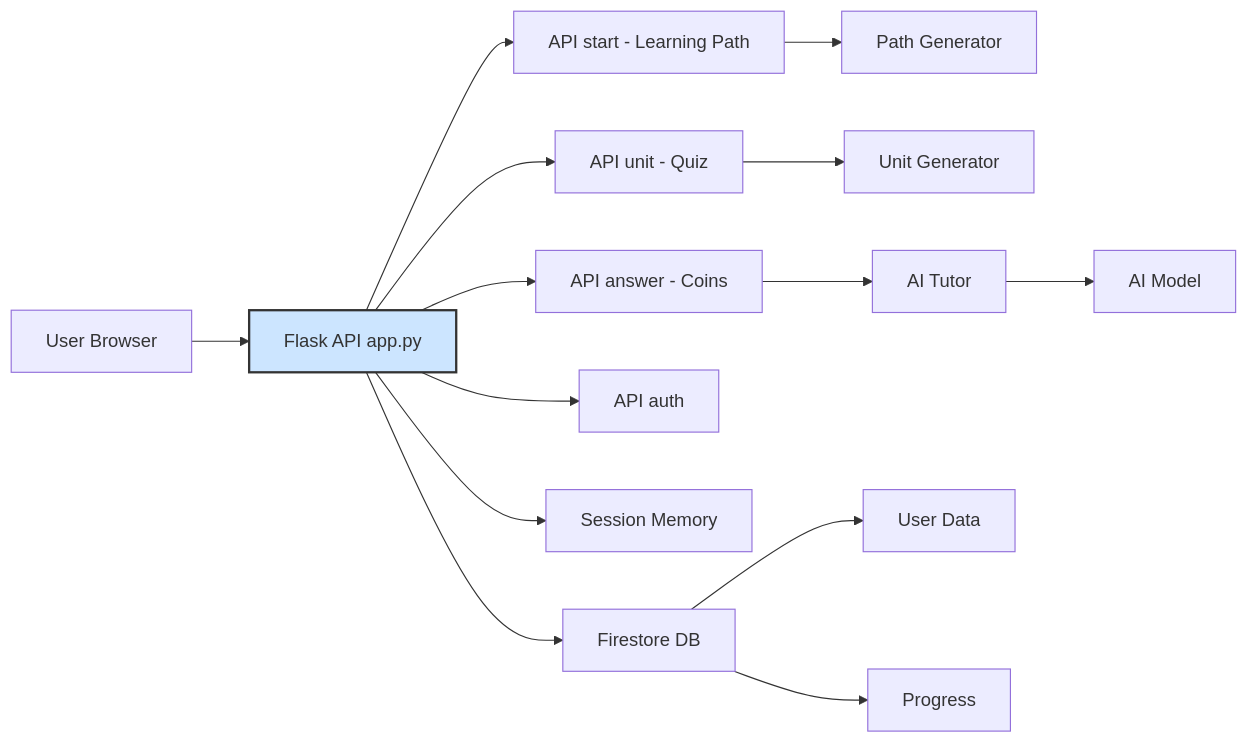
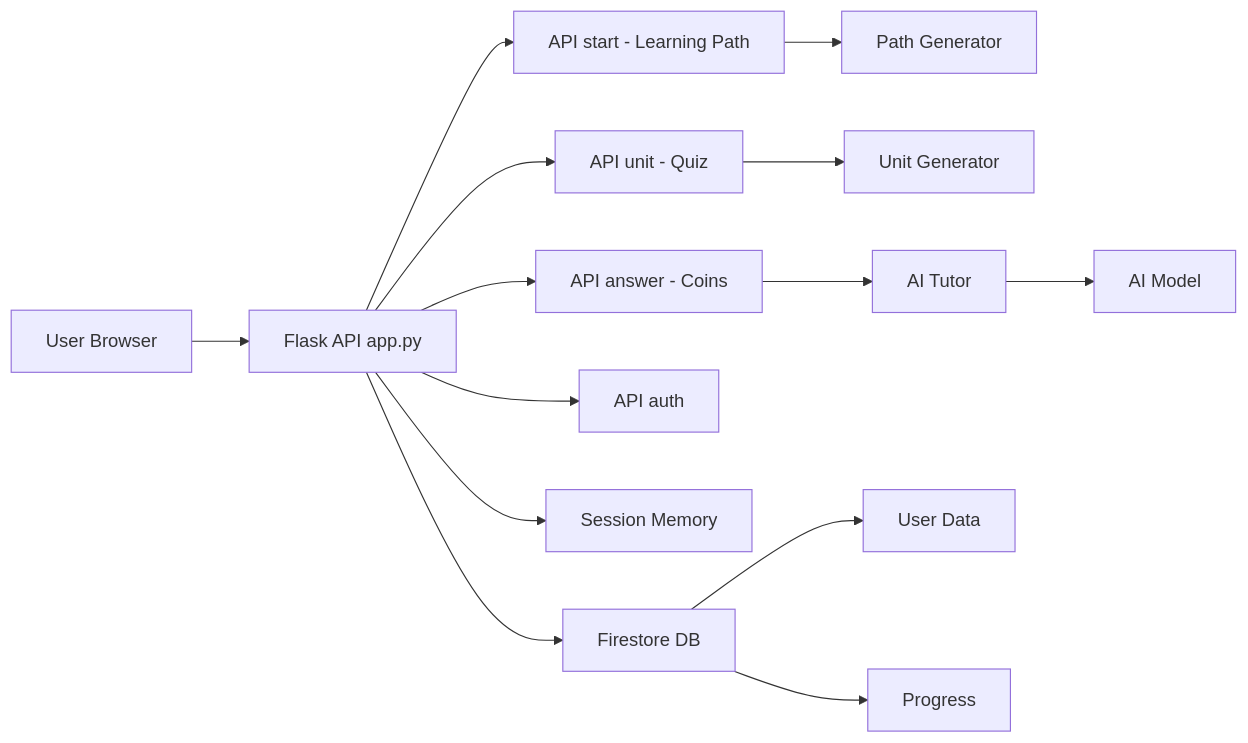
The diagram in README.md (alejandronava562/Theorem), drawn with Mermaid before and after one commit.

````diff
--- a/README.md
+++ b/README.md
@@ -1,23 +1,22 @@
 ```mermaid
 flowchart LR
     A[User Browser] --> B[Flask API app.py]
 
     B --> C[API start - Learning Path]
     B --> D[API unit - Quiz]
     B --> E[API answer - Coins]
     B --> F[API auth]
 
     C --> G[Path Generator]
     D --> H[Unit Generator]
     E --> I[AI Tutor]
 
     B --> J[Session Memory]
     B --> K[Firestore DB]
 
     K --> L[User Data]
     K --> M[Progress]
 
     I --> N[AI Model]
 
-    style B fill:#cce5ff,stroke:#333,stroke-width:2px
 ```
````
